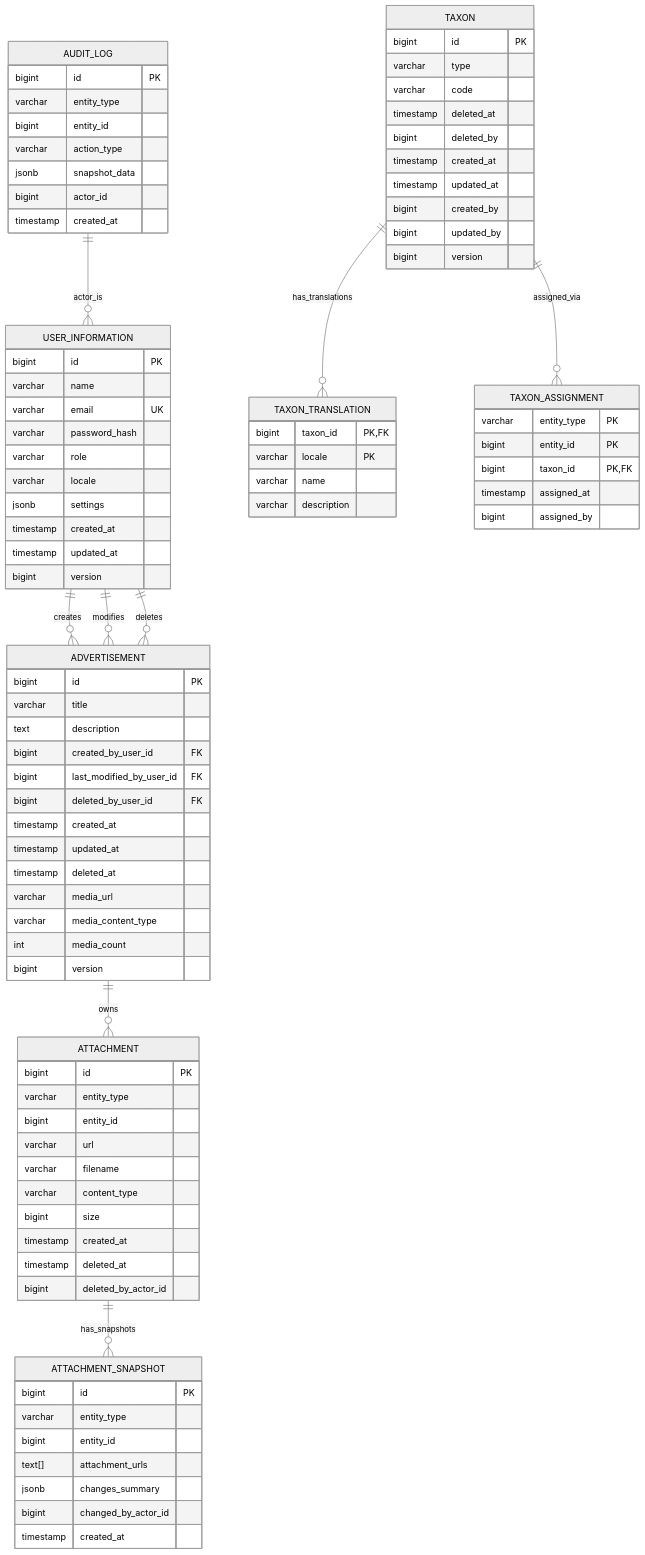
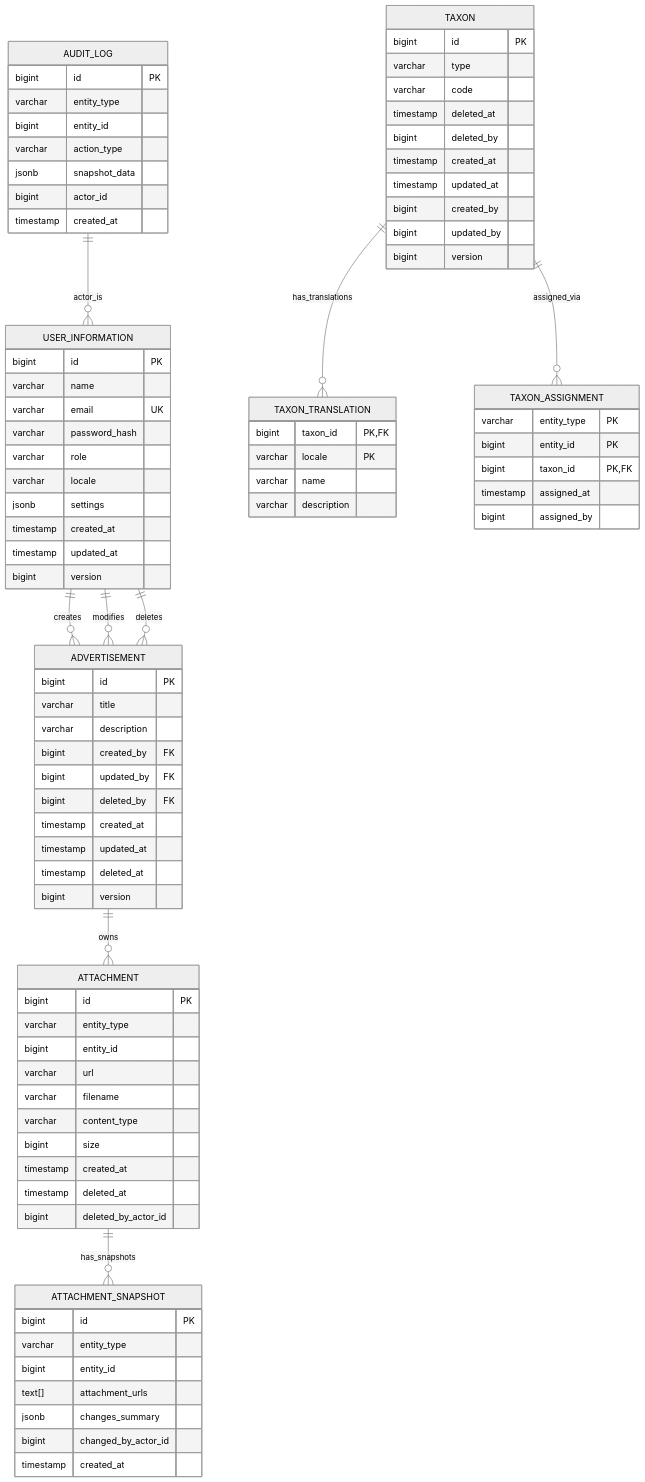
The diagram in docs/architecture/04-database-erd.md (OstMutant/Advertisement), drawn with Mermaid (neutral theme) before and after one commit. The commit also changed other lines of this file and 50 other files, not shown here.

First line of the commit message:
docs(backlog): file 26 new issues from pattern/security/UX review, sync architecture docs

```diff
--- a/docs/architecture/04-database-erd.md
+++ b/docs/architecture/04-database-erd.md
@@ -24,16 +24,13 @@
     ADVERTISEMENT {
         bigint id PK
         varchar title
-        text description
-        bigint created_by_user_id FK
-        bigint last_modified_by_user_id FK
-        bigint deleted_by_user_id FK
+        varchar description
+        bigint created_by FK
+        bigint updated_by FK
+        bigint deleted_by FK
         timestamp created_at
         timestamp updated_at
         timestamp deleted_at
-        varchar media_url
-        varchar media_content_type
-        int media_count
         bigint version
     }
     
```
